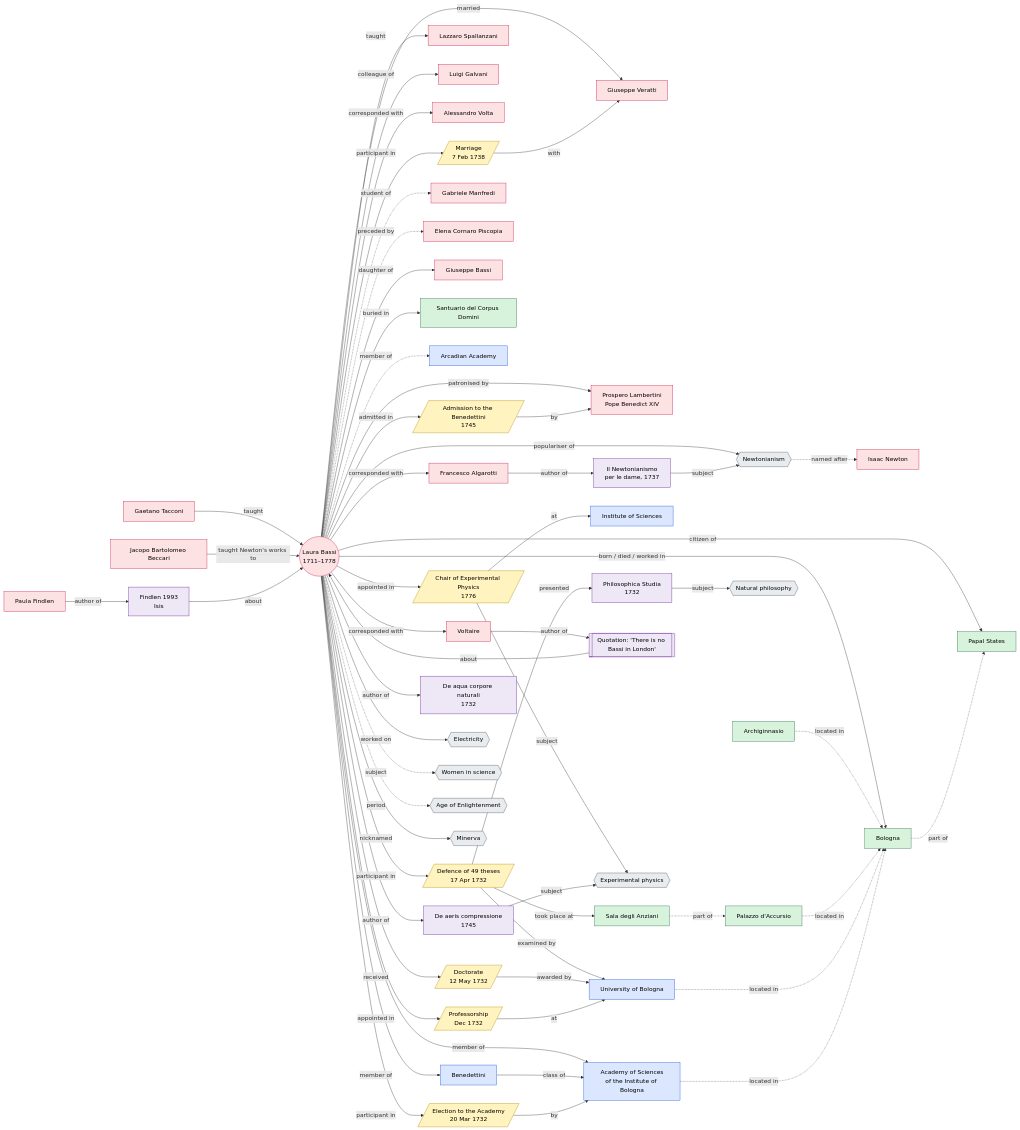
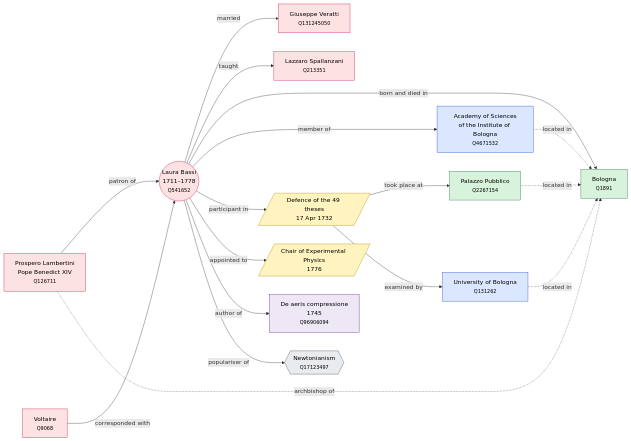
Before and after one commit to xenia2525/laura-bassi-lod: the diagram in models/theoretical_model.mmd, drawn with Mermaid. The commit also changed 8 other files, not shown here.

```diff
--- a/models/theoretical_model.mmd
+++ b/models/theoretical_model.mmd
@@ -1,126 +1,38 @@
 flowchart LR
   classDef person fill:#fde2e4,stroke:#c9184a,color:#000
   classDef place fill:#d8f3dc,stroke:#2d6a4f,color:#000
   classDef org fill:#dbe7ff,stroke:#1d4ed8,color:#000
   classDef event fill:#fff3bf,stroke:#b08900,color:#000
   classDef work fill:#ede7f6,stroke:#6a1b9a,color:#000
   classDef concept fill:#e9ecef,stroke:#495057,color:#000
 
-  LB((Laura Bassi<br/>1711–1778)):::person
+  LB((Laura Bassi<br/>1711–1778<br/><small>Q541652</small>)):::person
+  LAM[Prospero Lambertini<br/>Pope Benedict XIV<br/><small>Q126711</small>]:::person
+  VER[Giuseppe Veratti<br/><small>Q131245050</small>]:::person
+  SPA[Lazzaro Spallanzani<br/><small>Q213351</small>]:::person
+  VOL[Voltaire<br/><small>Q9068</small>]:::person
+  BO[Bologna<br/><small>Q1891</small>]:::place
+  PP[Palazzo Pubblico<br/><small>Q2267154</small>]:::place
+  UNI[University of Bologna<br/><small>Q131262</small>]:::org
+  ACC[Academy of Sciences<br/>of the Institute of Bologna<br/><small>Q4671532</small>]:::org
+  E1[/Defence of the 49 theses<br/>17 Apr 1732/]:::event
+  E2[/Chair of Experimental Physics<br/>1776/]:::event
+  W[De aeris compressione<br/>1745<br/><small>Q96906094</small>]:::work
+  NEW{{Newtonianism<br/><small>Q17123497</small>}}:::concept
 
-  %% people
-  GV[Giuseppe Veratti]:::person
-  B14[Prospero Lambertini<br/>Pope Benedict XIV]:::person
-  VOL[Voltaire]:::person
-  SPA[Lazzaro Spallanzani]:::person
-  GAL[Luigi Galvani]:::person
-  VOLTA[Alessandro Volta]:::person
-  ALG[Francesco Algarotti]:::person
-  MAN[Gabriele Manfredi]:::person
-  ECP[Elena Cornaro Piscopia]:::person
-  NEW[Isaac Newton]:::person
-  PF[Paula Findlen]:::person
-  GB[Giuseppe Bassi]:::person
-  TAC[Gaetano Tacconi]:::person
-  BEC[Jacopo Bartolomeo Beccari]:::person
-
-  %% places & organisations
-  BO[Bologna]:::place
-  PA[Palazzo d'Accursio]:::place
-  CD[Santuario del Corpus Domini]:::place
-  PS[Papal States]:::place
-  UNI[University of Bologna]:::org
-  ACC[Academy of Sciences<br/>of the Institute of Bologna]:::org
-  ARC[Arcadian Academy]:::org
-  INS[Institute of Sciences]:::org
-  BEN[Benedettini]:::org
-  SA[Sala degli Anziani]:::place
-  ARCH[Archiginnasio]:::place
-
-  %% events
-  E1[/Defence of 49 theses<br/>17 Apr 1732/]:::event
-  E2[/Doctorate<br/>12 May 1732/]:::event
-  E3[/Professorship<br/>Dec 1732/]:::event
-  E4[/Marriage<br/>7 Feb 1738/]:::event
-  E5[/Chair of Experimental Physics<br/>1776/]:::event
-  E0[/Election to the Academy<br/>20 Mar 1732/]:::event
-  E6[/Admission to the Benedettini<br/>1745/]:::event
-
-  %% works
-  W1[Philosophica Studia<br/>1732]:::work
-  W2[De aeris compressione<br/>1745]:::work
-  W3[Il Newtonianismo<br/>per le dame, 1737]:::work
-  W4[Findlen 1993<br/>Isis]:::work
-  W5[De aqua corpore naturali<br/>1732]:::work
-  Q[["Quotation: 'There is no Bassi in London'"]]:::work
-
-  %% concepts
-  C1{{Newtonianism}}:::concept
-  C2{{Experimental physics}}:::concept
-  C3{{Natural philosophy}}:::concept
-  C4{{Electricity}}:::concept
-  C5{{Women in science}}:::concept
-  C6{{Age of Enlightenment}}:::concept
-  C7{{Minerva}}:::concept
-
-  %% relations
-  LB -- born / died / worked in --> BO
-  LB -- citizen of --> PS
-  LB -- buried in --> CD
-  LB -- married --> GV
-  LB -- patronised by --> B14
-  LB -- corresponded with --> VOL
-  LB -- corresponded with --> VOLTA
-  LB -- corresponded with --> ALG
+  LAM -- patron of --> LB
+  LB -- married --> VER
   LB -- taught --> SPA
-  LB -- colleague of --> GAL
+  VOL -- corresponded with --> LB
+  LB -- born and died in --> BO
   LB -- member of --> ACC
-  LB -.member of.-> ARC
-  LB -.student of.-> MAN
-  LB -.preceded by.-> ECP
-  LB -- daughter of --> GB
-  TAC -- taught --> LB
-  BEC -- taught Newton's works to --> LB
-  LB -- member of --> BEN
-  BEN -- class of --> ACC
-  LB -- nicknamed --> C7
-
   LB -- participant in --> E1
-  E1 -- took place at --> SA
-  SA -.part of.-> PA
-  ARCH -.located in.-> BO
-  LB -- participant in --> E0
-  E0 -- by --> ACC
-  LB -- admitted in --> E6
-  E6 -- by --> B14
-  LB -- author of --> W5
-  E1 -- presented --> W1
+  E1 -- took place at --> PP
   E1 -- examined by --> UNI
-  LB -- received --> E2
-  E2 -- awarded by --> UNI
-  LB -- appointed in --> E3
-  E3 -- at --> UNI
-  LB -- participant in --> E4
-  E4 -- with --> GV
-  LB -- appointed in --> E5
-  E5 -- subject --> C2
-  E5 -- at --> INS
-
-  LB -- author of --> W2
-  W1 -- subject --> C3
-  W2 -- subject --> C2
-  LB -- populariser of --> C1
-  C1 -.named after.-> NEW
-  ALG -- author of --> W3
-  W3 -- subject --> C1
-  LB -- worked on --> C4
-  VOL -- author of --> Q
-  Q -- about --> LB
-  PF -- author of --> W4
-  W4 -- about --> LB
-  LB -.subject.-> C5
-  LB -.period.-> C6
-  PA -.located in.-> BO
+  LB -- appointed to --> E2
+  LB -- author of --> W
+  LB -- populariser of --> NEW
+  LAM -.archbishop of.-> BO
+  PP -.located in.-> BO
   UNI -.located in.-> BO
   ACC -.located in.-> BO
-  BO -.part of.-> PS
```
